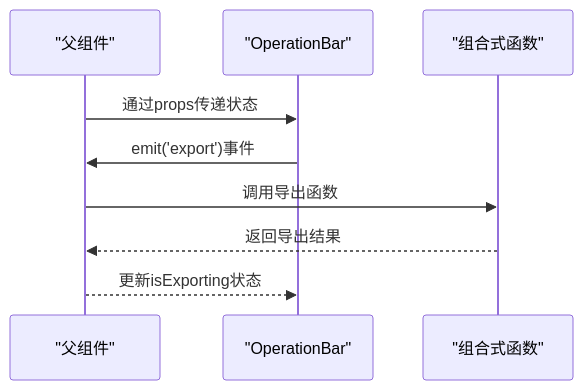
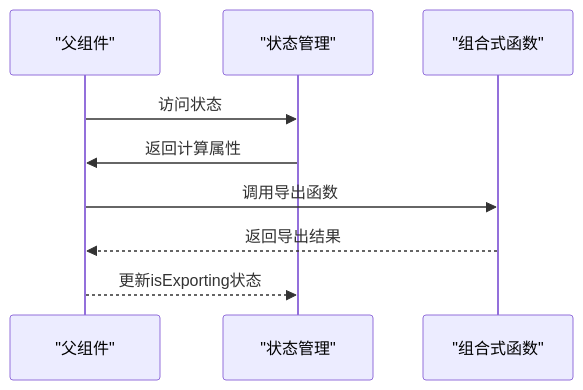
Before and after one commit to dunhuixiao/FinanceTools: the second of 5 diagrams in .qoder/repowiki/zh/content/组件架构设计/操作控制栏组件.md, drawn with Mermaid. The commit also changed other lines of this file and 4 other files, not shown here.

````diff
--- a/.qoder/repowiki/zh/content/组件架构设计/操作控制栏组件.md
+++ b/.qoder/repowiki/zh/content/组件架构设计/操作控制栏组件.md
@@ -59,11 +63,11 @@
 ```mermaid
 sequenceDiagram
 participant Parent as "父组件"
-participant OperationBar as "OperationBar"
+participant Store as "状态管理"
 participant Composable as "组合式函数"
-Parent->>OperationBar : 通过props传递状态
-OperationBar->>Parent : emit('export')事件
+Parent->>Store : 访问状态
+Store->>Parent : 返回计算属性
 Parent->>Composable : 调用导出函数
 Composable-->>Parent : 返回导出结果
-Parent-->>OperationBar : 更新isExporting状态
+Parent-->>Store : 更新isExporting状态
 ```
````
